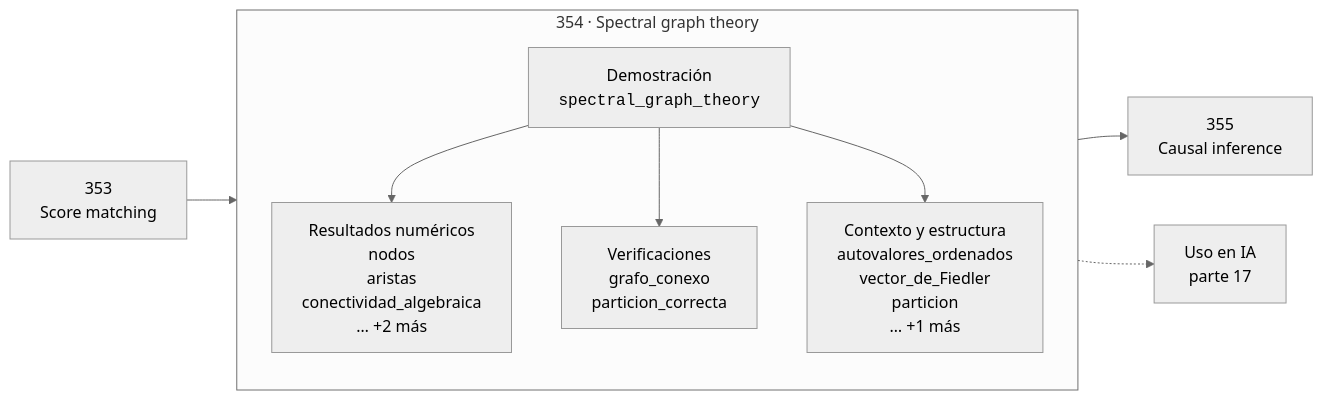
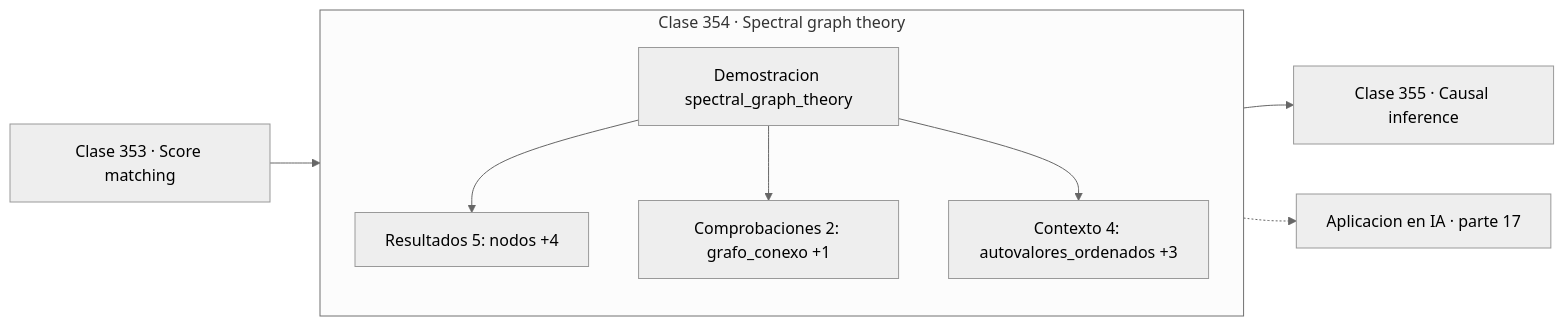
Before and after one commit to vladimiracunadev-create/computational-mathematics-program: the diagram in classes/part-17-frontera-matematica-para-ia-e-investigacion/354-spectral-graph-theory/README.md, drawn with Mermaid (neutral theme). The commit also changed 389 other files, not shown here.

First line of the commit message:
fix(diagramas): elimina el HTML de las etiquetas Mermaid

````diff
--- a/classes/part-17-frontera-matematica-para-ia-e-investigacion/354-spectral-graph-theory/README.md
+++ b/classes/part-17-frontera-matematica-para-ia-e-investigacion/354-spectral-graph-theory/README.md
@@ -30,12 +30,13 @@
 ```mermaid
 flowchart LR
-    P["353<br/>Score matching"] --> C
-    subgraph C["354 · Spectral graph theory"]
+    P["Clase 353 · Score matching"] --> D
+    subgraph CLASE["Clase 354 · Spectral graph theory"]
         direction TB
-        D["Demostración<br/><code>spectral_graph_theory</code>"] --> R["Resultados numéricos<br/>nodos<br/>aristas<br/>conectividad_algebraica<br/>… +2 más"]
-        D --> V["Verificaciones<br/>grafo_conexo<br/>particion_correcta"]
-        D --> O["Contexto y estructura<br/>autovalores_ordenados<br/>vector_de_Fiedler<br/>particion<br/>… +1 más"]
+        D["Demostracion spectral_graph_theory"]
+        D --> R["Resultados 5: nodos +4"]
+        D --> V["Comprobaciones 2: grafo_conexo +1"]
+        D --> O["Contexto 4: autovalores_ordenados +3"]
     end
-    C --> N["355<br/>Causal inference"]
-    C -.-> IA["Uso en IA<br/>parte 17"]
+    R --> N["Clase 355 · Causal inference"]
+    V -.-> IA["Aplicacion en IA · parte 17"]
 ```
````
